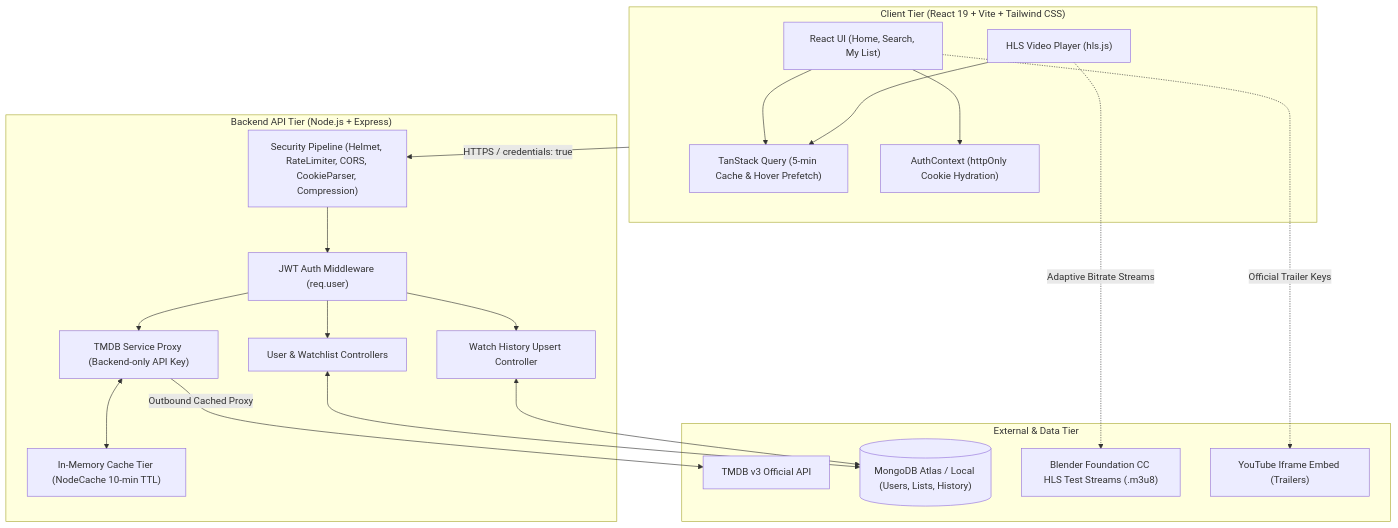
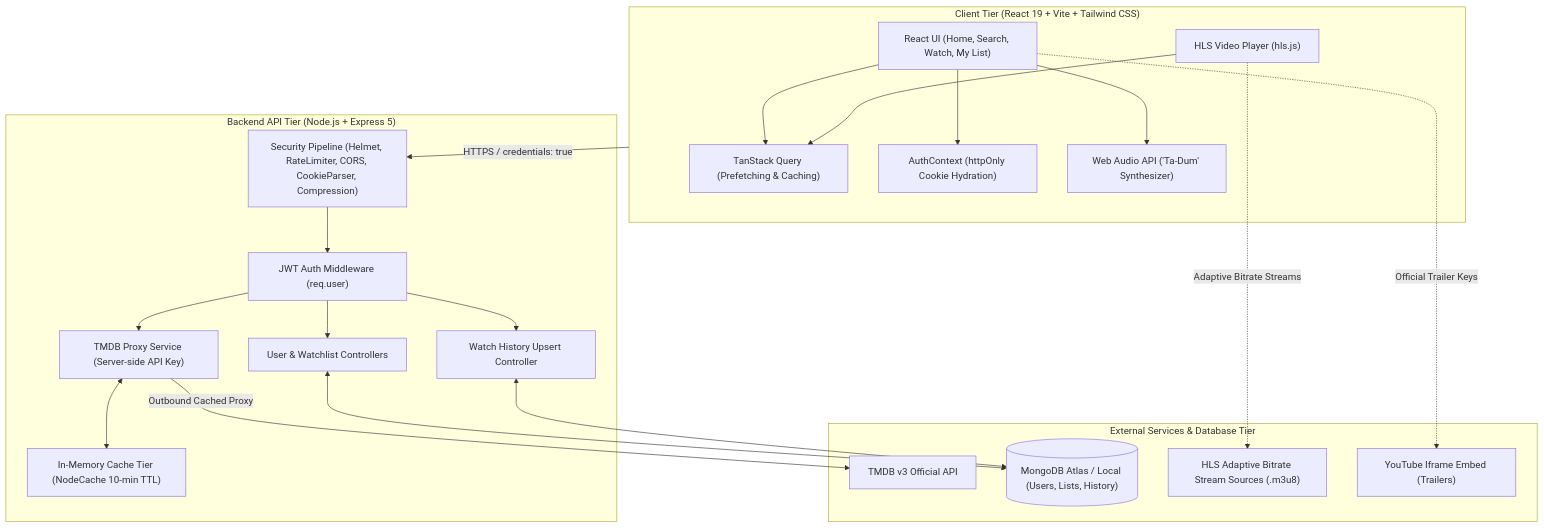
Before and after one commit to Devaansh08/Netflix-Clone: the diagram in README.md, drawn with Mermaid. The commit also changed other lines of this file and 41 other files, not shown here.

Commit message:
feat: complete full-stack Netflix Clone with HLS streaming, Web Audio intro, Coverflow hero, and comprehensive README

````diff
--- a/README.md
+++ b/README.md
@@ -15,41 +31,43 @@
 ```mermaid
 flowchart TD
     subgraph Client ["Client Tier (React 19 + Vite + Tailwind CSS)"]
-        UI["React UI (Home, Search, My List)"]
+        UI["React UI (Home, Search, Watch, My List)"]
         Player["HLS Video Player (hls.js)"]
-        ReactQuery["TanStack Query (5-min Cache & Hover Prefetch)"]
+        ReactQuery["TanStack Query (Prefetching & Caching)"]
         AuthCtx["AuthContext (httpOnly Cookie Hydration)"]
+        AudioIntro["Web Audio API ('Ta-Dum' Synthesizer)"]
         UI --> ReactQuery
         UI --> AuthCtx
+        UI --> AudioIntro
         Player --> ReactQuery
     end
 
-    subgraph Server ["Backend API Tier (Node.js + Express)"]
+    subgraph Server ["Backend API Tier (Node.js + Express 5)"]
         Security["Security Pipeline (Helmet, RateLimiter, CORS, CookieParser, Compression)"]
         AuthGuard["JWT Auth Middleware (req.user)"]
-        TMDBProxy["TMDB Service Proxy (Backend-only API Key)"]
+        TMDBProxy["TMDB Proxy Service (Server-side API Key)"]
         NodeCache["In-Memory Cache Tier (NodeCache 10-min TTL)"]
         UserCtrl["User & Watchlist Controllers"]
         HistCtrl["Watch History Upsert Controller"]
         
         Security --> AuthGuard
         AuthGuard --> TMDBProxy
         AuthGuard --> UserCtrl
         AuthGuard --> HistCtrl
         TMDBProxy <--> NodeCache
     end
 
-    subgraph External ["External & Data Tier"]
+    subgraph External ["External Services & Database Tier"]
         TMDBAPI["TMDB v3 Official API"]
         MongoDB[("MongoDB Atlas / Local (Users, Lists, History)")]
-        HLSStreams["Blender Foundation CC HLS Test Streams (.m3u8)"]
+        HLSStreams["HLS Adaptive Bitrate Stream Sources (.m3u8)"]
         YouTube["YouTube Iframe Embed (Trailers)"]
     end
 
     Client -- "HTTPS / credentials: true" --> Security
     TMDBProxy -- "Outbound Cached Proxy" --> TMDBAPI
     UserCtrl <--> MongoDB
     HistCtrl <--> MongoDB
     Player -. "Adaptive Bitrate Streams" .-> HLSStreams
     UI -. "Official Trailer Keys" .-> YouTube
 ```
````
